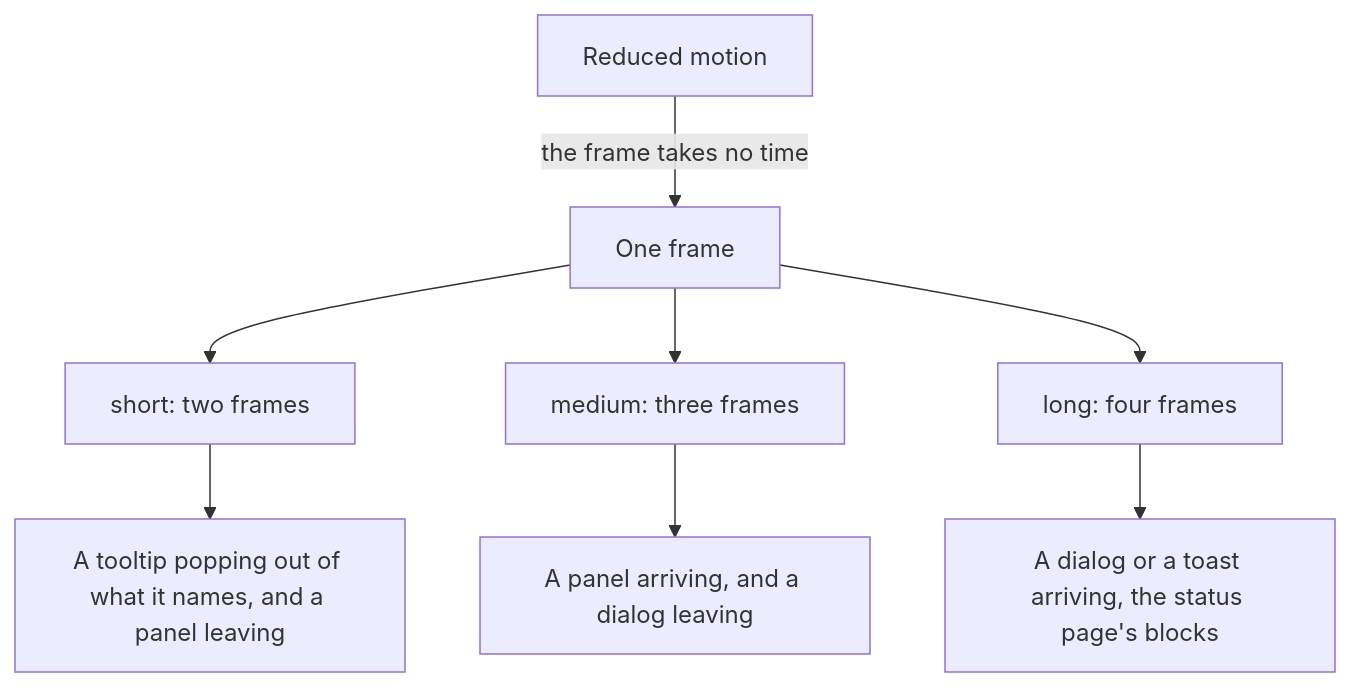
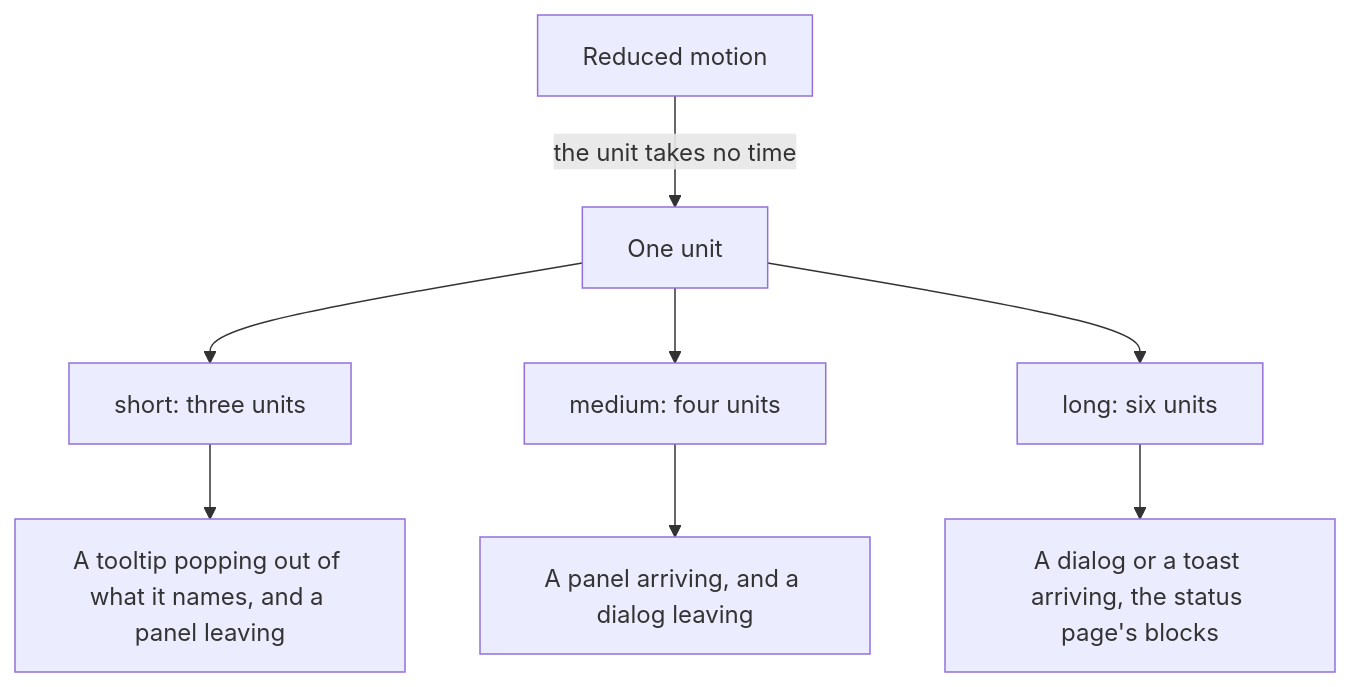
Before and after one commit to Esposter/Esposter: the third of 7 diagrams in apps/web/content/docs/architecture/ui-library.md, drawn with Mermaid. The commit also changed other lines of this file and 10 other files, not shown here.

````diff
--- a/apps/web/content/docs/architecture/ui-library.md
+++ b/apps/web/content/docs/architecture/ui-library.md
@@ -141,10 +141,10 @@
 ```mermaid
 flowchart TD
-  F[One frame] --> S[short: two frames]
-  F --> M[medium: three frames]
-  F --> L[long: four frames]
+  F[One unit] --> S[short: three units]
+  F --> M[medium: four units]
+  F --> L[long: six units]
   S --> T[A tooltip popping out of what it names, and a panel leaving]
   M --> P[A panel arriving, and a dialog leaving]
   L --> D[A dialog or a toast arriving, the status page's blocks]
-  R[Reduced motion] -->|the frame takes no time| F
+  R[Reduced motion] -->|the unit takes no time| F
 ```
````
